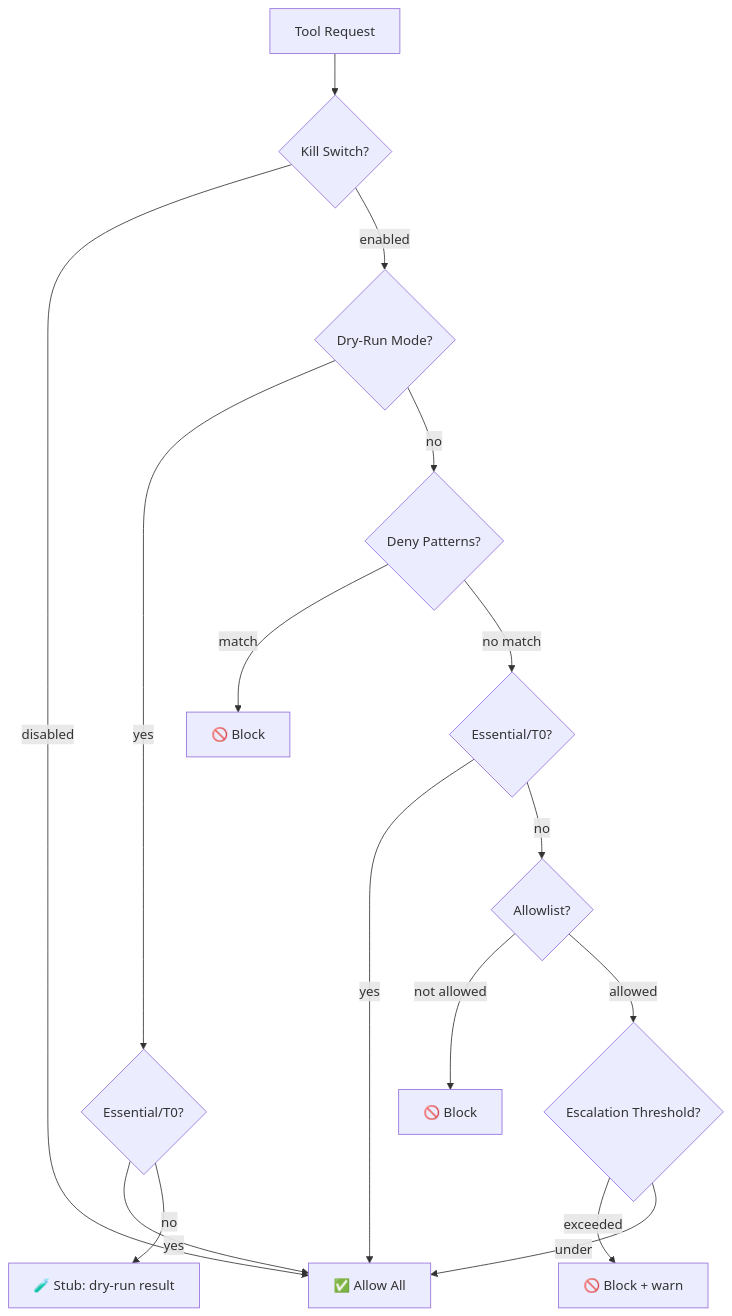
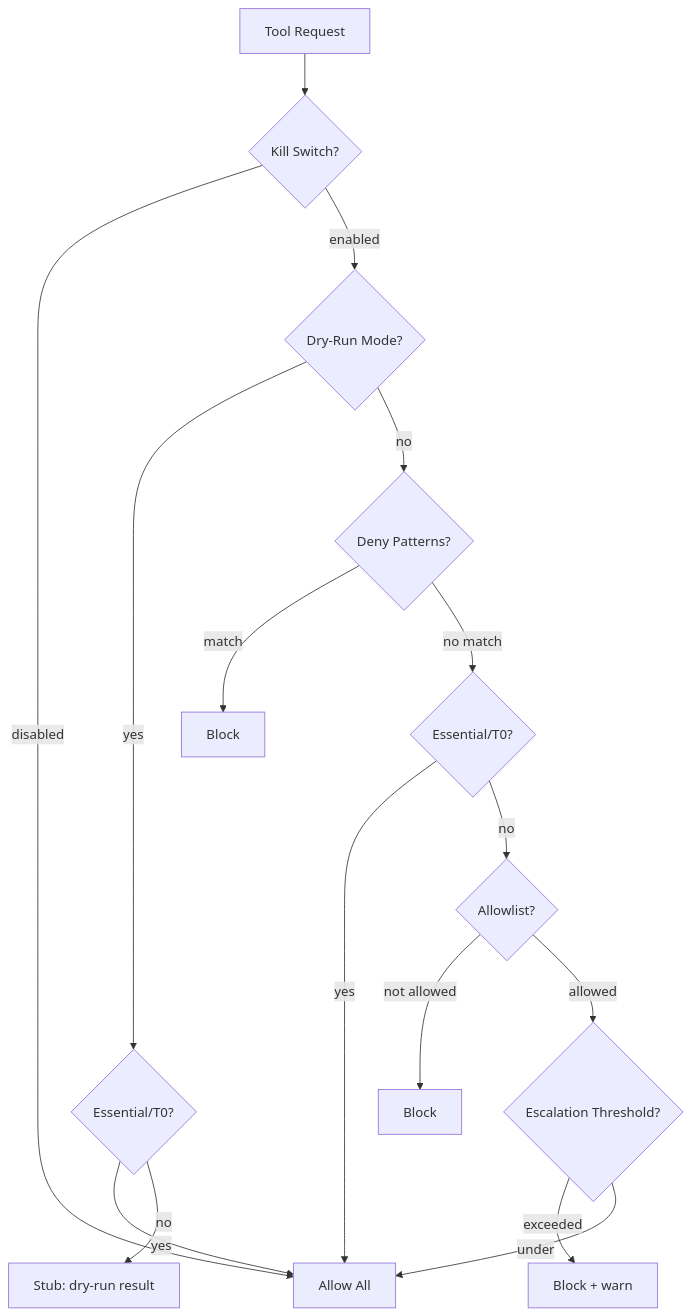
Before and after one commit to Dawgomatic/Xagent: the diagram in skills/skills/joetomasone/policy-engine/DESIGN.md, drawn with Mermaid. The commit also changed 18009 other files, not shown here.

````diff
--- a/skills/skills/joetomasone/policy-engine/DESIGN.md
+++ b/skills/skills/joetomasone/policy-engine/DESIGN.md
@@ -93,18 +93,18 @@
 ```mermaid
 flowchart TD
     A[Tool Request] --> B{Kill Switch?}
-    B -->|disabled| Z[✅ Allow All]
+    B -->|disabled| Z[ Allow All]
     B -->|enabled| C{Dry-Run Mode?}
     C -->|yes| D{Essential/T0?}
     D -->|yes| Z
-    D -->|no| E[🧪 Stub: dry-run result]
+    D -->|no| E[ Stub: dry-run result]
     C -->|no| F{Deny Patterns?}
-    F -->|match| G[🚫 Block]
+    F -->|match| G[ Block]
     F -->|no match| H{Essential/T0?}
     H -->|yes| Z
     H -->|no| I{Allowlist?}
-    I -->|not allowed| J[🚫 Block]
+    I -->|not allowed| J[ Block]
     I -->|allowed| K{Escalation Threshold?}
-    K -->|exceeded| L[🚫 Block + warn]
+    K -->|exceeded| L[ Block + warn]
     K -->|under| Z
 ```
````
